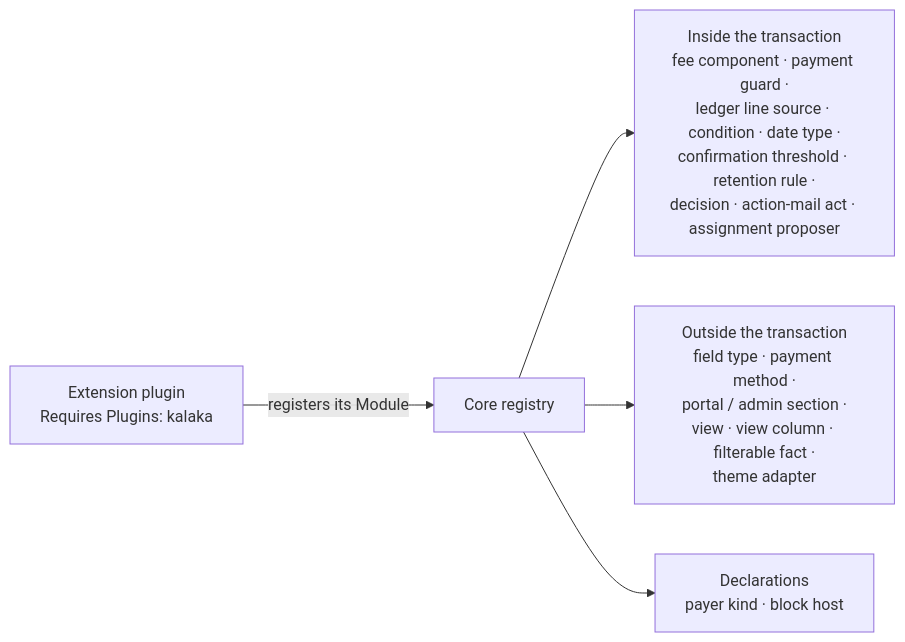
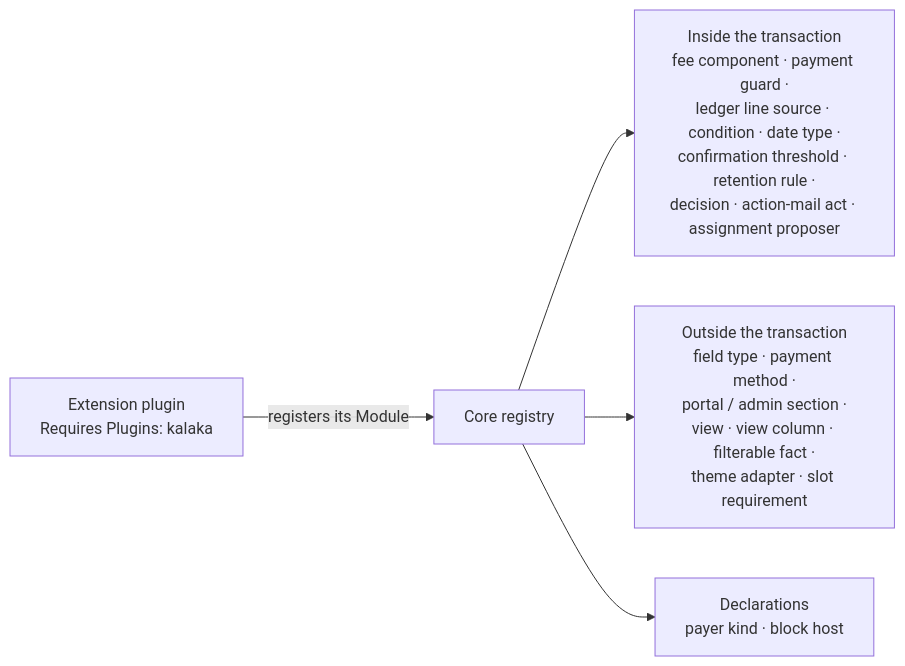
Before and after one commit to reformatus/kalaka: the second of 2 diagrams in docs/architecture/modules-and-extensions.md, drawn with Mermaid. The commit also changed other lines of this file and 32 other files, not shown here.

First line of the commit message:
Price ladder: tiers have no condition or deadline, price_tier is a required slot field (the owner's ruling 2026-11-19)

````diff
--- a/docs/architecture/modules-and-extensions.md
+++ b/docs/architecture/modules-and-extensions.md
@@ -283,7 +283,7 @@
 ```mermaid
 flowchart LR
   EP["Extension plugin<br/>Requires Plugins: kalaka"] -->|"registers its Module"| REG["Core registry"]
   REG --> IN["Inside the transaction<br/>fee component · payment guard ·<br/>ledger line source · condition · date type ·<br/>confirmation threshold · retention rule ·<br/>decision · action-mail act · assignment proposer"]
-  REG --> OUT["Outside the transaction<br/>field type · payment method ·<br/>portal / admin section ·<br/>view · view column · filterable fact ·<br/>theme adapter"]
+  REG --> OUT["Outside the transaction<br/>field type · payment method ·<br/>portal / admin section ·<br/>view · view column · filterable fact ·<br/>theme adapter · slot requirement"]
   REG --> DECL["Declarations<br/>payer kind · block host"]
 ```
````
